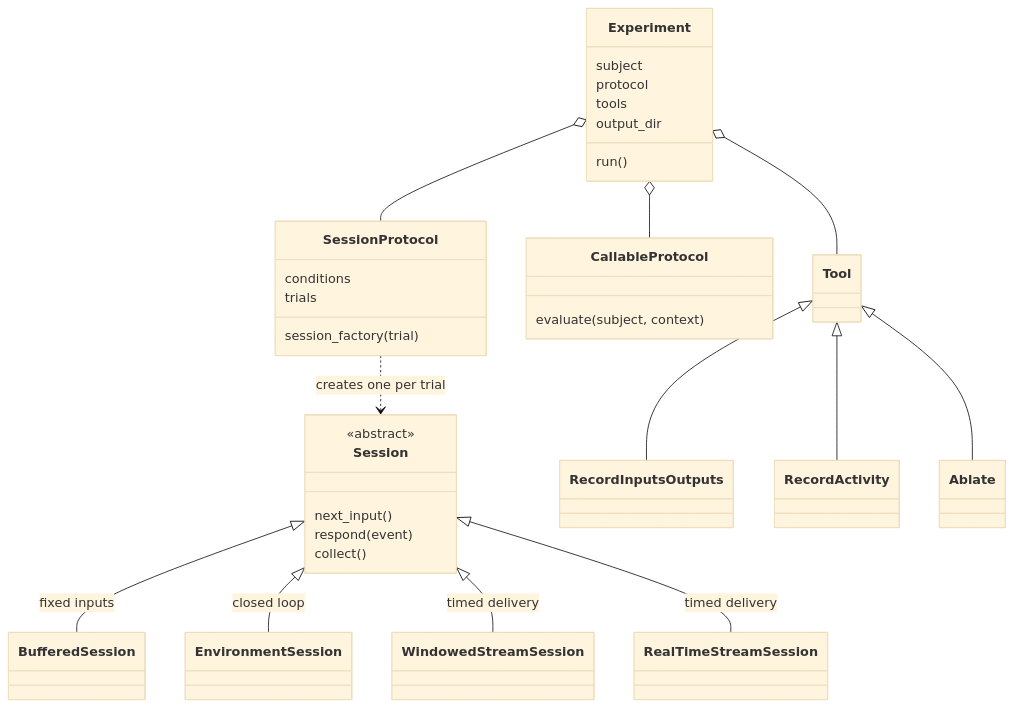
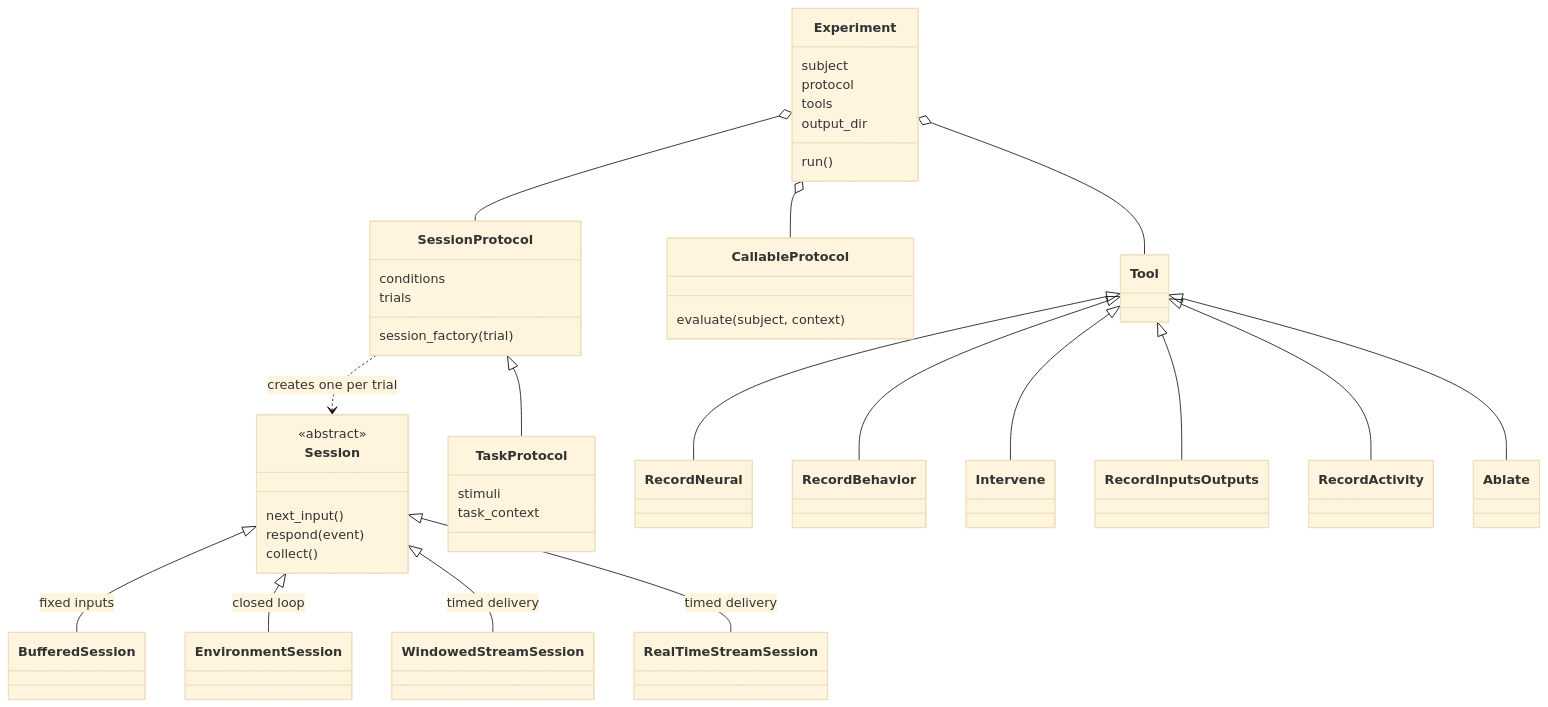
One commit to KartikP/brainscore-unified changed the third of 3 diagrams in docs/03_class_map.md. Above: the diagram before and after it, drawn with Mermaid (base theme). The commit also changed other lines of this file and 5 other files, not shown here.

````diff
--- a/docs/03_class_map.md
+++ b/docs/03_class_map.md
@@ -123,35 +123,43 @@
 ```mermaid
 classDiagram
     class Session {
         <<abstract>>
         next_input()
         respond(event)
         collect()
     }
     Session <|-- BufferedSession : fixed inputs
     Session <|-- EnvironmentSession : closed loop
     Session <|-- WindowedStreamSession : timed delivery
     Session <|-- RealTimeStreamSession : timed delivery
     class SessionProtocol {
         session_factory(trial)
         conditions
         trials
     }
     class CallableProtocol {
         evaluate(subject, context)
     }
     class Experiment {
         subject
         protocol
         tools
         output_dir
         run()
     }
+    class TaskProtocol {
+        stimuli
+        task_context
+    }
     Experiment o-- SessionProtocol
     Experiment o-- CallableProtocol
+    SessionProtocol <|-- TaskProtocol
     SessionProtocol ..> Session : creates one per trial
     Experiment o-- Tool
+    Tool <|-- RecordNeural
+    Tool <|-- RecordBehavior
+    Tool <|-- Intervene
     Tool <|-- RecordInputsOutputs
     Tool <|-- RecordActivity
     Tool <|-- Ablate
 ```
````
